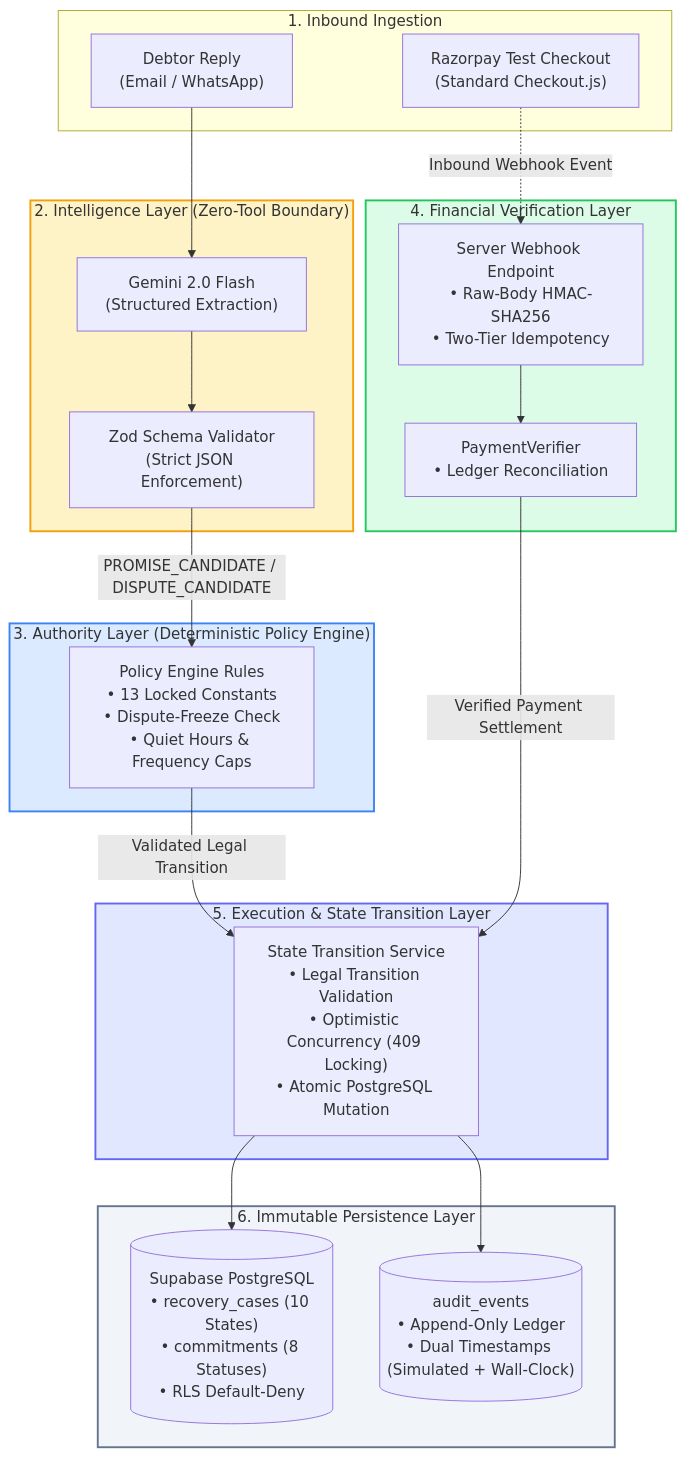
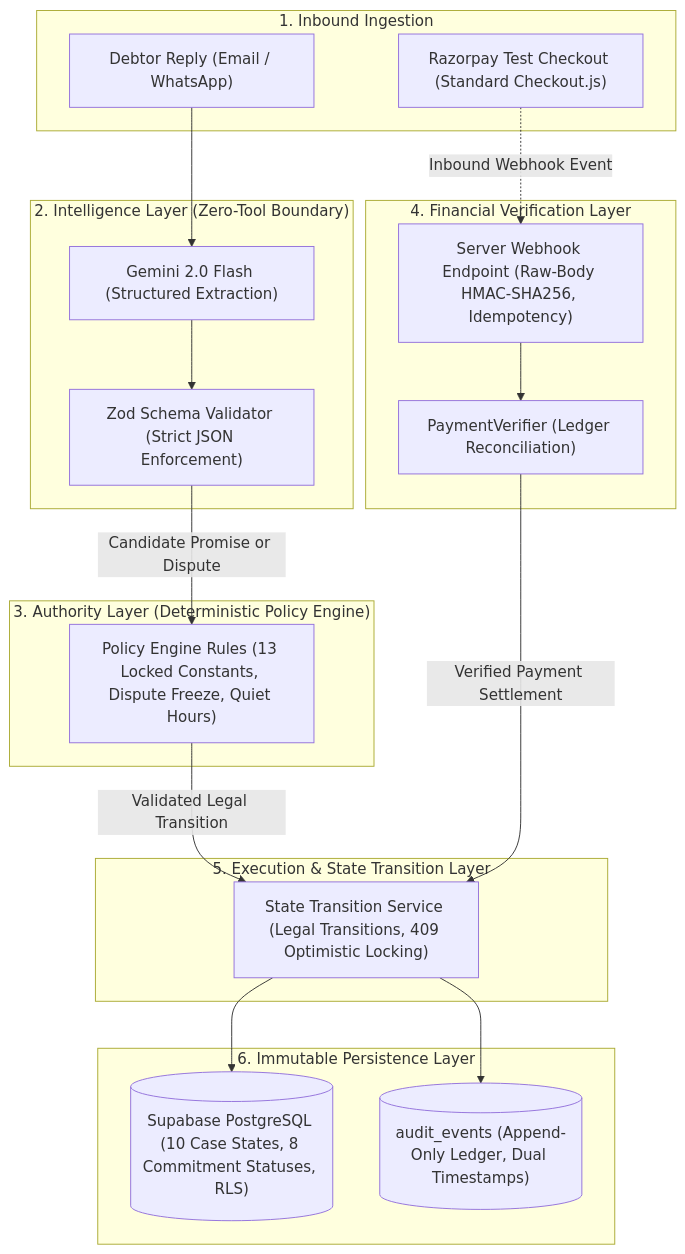
One commit to Dakshx07/Recoup changed the first of 2 diagrams in README.md. Above: the diagram before and after it, drawn with Mermaid. The commit also changed other lines of this file and 1 other file, not shown here.

Commit message:
docs: simplify architecture diagrams and state machine flow in project documentation

````diff
--- a/README.md
+++ b/README.md
@@ -47,48 +47,42 @@
 ```mermaid
 flowchart TD
-    subgraph Channel ["1. Inbound Ingestion"]
-        Inbound["Debtor Reply<br/>(Email / WhatsApp)"]
-        RazorpayCheckout["Razorpay Test Checkout<br/>(Standard Checkout.js)"]
+    subgraph Ingestion ["1. Inbound Ingestion"]
+        Inbound["Debtor Reply (Email / WhatsApp)"]
+        RazorpayCheckout["Razorpay Test Checkout (Standard Checkout.js)"]
     end
 
     subgraph LLM_Boundary ["2. Intelligence Layer (Zero-Tool Boundary)"]
-        Parser["Gemini 2.0 Flash<br/>(Structured Extraction)"]
-        Zod["Zod Schema Validator<br/>(Strict JSON Enforcement)"]
+        Parser["Gemini 2.0 Flash (Structured Extraction)"]
+        Zod["Zod Schema Validator (Strict JSON Enforcement)"]
     end
 
     subgraph Policy_Layer ["3. Authority Layer (Deterministic Policy Engine)"]
-        Policy["Policy Engine Rules<br/>• 13 Locked Constants<br/>• Dispute-Freeze Check<br/>• Quiet Hours & Frequency Caps"]
+        Policy["Policy Engine Rules (13 Locked Constants, Dispute Freeze, Quiet Hours)"]
     end
 
     subgraph Payment_Layer ["4. Financial Verification Layer"]
-        Webhook["Server Webhook Endpoint<br/>• Raw-Body HMAC-SHA256<br/>• Two-Tier Idempotency"]
-        Verifier["PaymentVerifier<br/>• Ledger Reconciliation"]
+        Webhook["Server Webhook Endpoint (Raw-Body HMAC-SHA256, Idempotency)"]
+        Verifier["PaymentVerifier (Ledger Reconciliation)"]
     end
 
     subgraph State_Layer ["5. Execution & State Transition Layer"]
-        Writer["State Transition Service<br/>• Legal Transition Validation<br/>• Optimistic Concurrency (409 Locking)<br/>• Atomic PostgreSQL Mutation"]
+        Writer["State Transition Service (Legal Transitions, 409 Optimistic Locking)"]
     end
 
     subgraph Storage ["6. Immutable Persistence Layer"]
-        DB[("Supabase PostgreSQL<br/>• recovery_cases (10 States)<br/>• commitments (8 Statuses)<br/>• RLS Default-Deny")]
-        Audit[("audit_events<br/>• Append-Only Ledger<br/>• Dual Timestamps (Simulated + Wall-Clock)")]
+        DB[("Supabase PostgreSQL (10 Case States, 8 Commitment Statuses, RLS)")]
+        Audit[("audit_events (Append-Only Ledger, Dual Timestamps)")]
     end
 
     Inbound --> Parser
     Parser --> Zod
-    Zod -->|"PROMISE_CANDIDATE / DISPUTE_CANDIDATE"| Policy
-    Policy -->|"Validated Legal Transition"| Writer
+    Zod -->|Candidate Promise or Dispute| Policy
+    Policy -->|Validated Legal Transition| Writer
 
-    RazorpayCheckout -.->|"Inbound Webhook Event"| Webhook
+    RazorpayCheckout -.->|Inbound Webhook Event| Webhook
     Webhook --> Verifier
-    Verifier -->|"Verified Payment Settlement"| Writer
+    Verifier -->|Verified Payment Settlement| Writer
 
     Writer --> DB
     Writer --> Audit
-
-    style LLM_Boundary fill:#fef3c7,stroke:#f59e0b,stroke-width:2px
-    style Policy_Layer fill:#dbeafe,stroke:#3b82f6,stroke-width:2px
-    style Payment_Layer fill:#dcfce7,stroke:#22c55e,stroke-width:2px
-    style State_Layer fill:#e0e7ff,stroke:#6366f1,stroke-width:2px
-    style Storage fill:#f1f5f9,stroke:#64748b,stroke-width:2px
 ```
````
